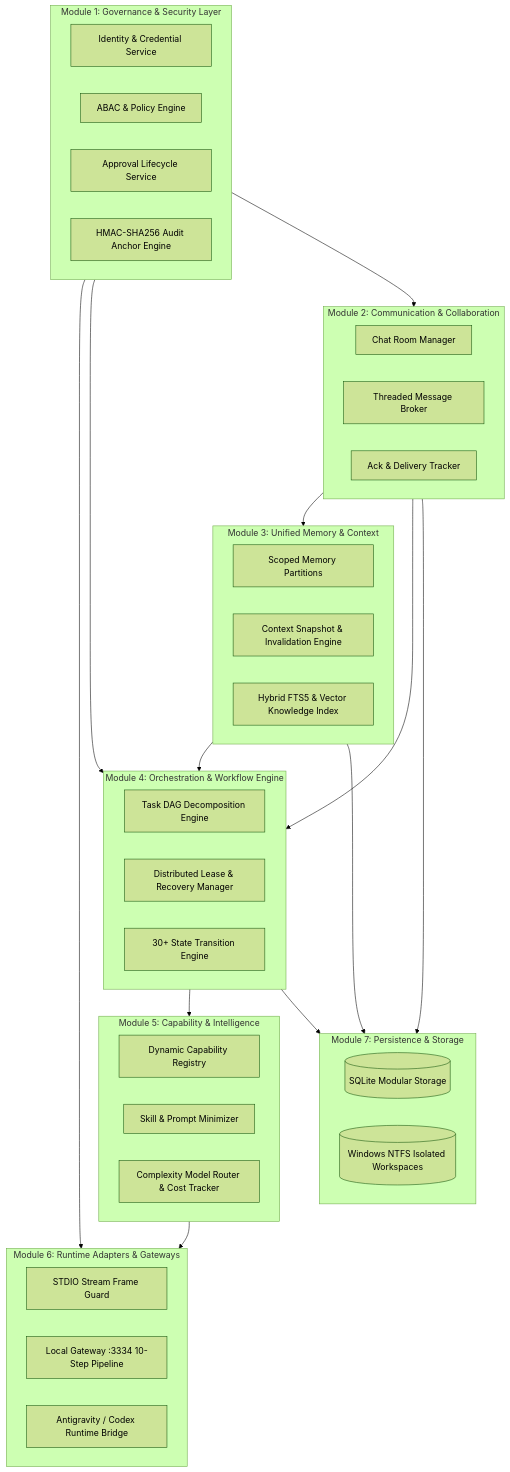
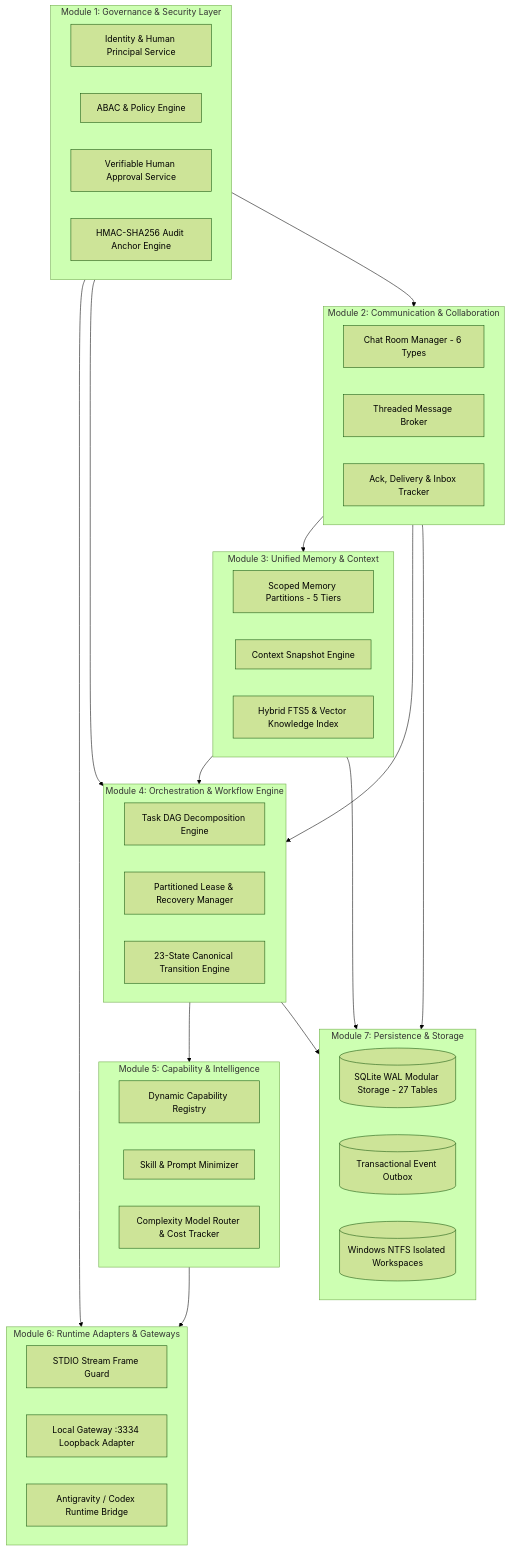
One commit to kietpro352010/AICO changed the second of 3 diagrams in docs/blueprint/v3/00_AICO_V3_MASTER_BLUEPRINT.md. Above: the diagram before and after it, drawn with Mermaid (forest theme). The commit also changed other lines of this file and 11 other files, not shown here.

````diff
--- a/docs/blueprint/v3/00_AICO_V3_MASTER_BLUEPRINT.md
+++ b/docs/blueprint/v3/00_AICO_V3_MASTER_BLUEPRINT.md
@@ -93,56 +93,57 @@
 ```mermaid
 graph TD
     subgraph S1["Module 1: Governance & Security Layer"]
-        Auth[Identity & Credential Service]
+        Auth[Identity & Human Principal Service]
         ABAC[ABAC & Policy Engine]
-        Approval[Approval Lifecycle Service]
+        Approval[Verifiable Human Approval Service]
         Audit[HMAC-SHA256 Audit Anchor Engine]
     end
 
     subgraph S2["Module 2: Communication & Collaboration"]
-        RoomMgr[Chat Room Manager]
+        RoomMgr[Chat Room Manager - 6 Types]
         MsgBroker[Threaded Message Broker]
-        Notify[Ack & Delivery Tracker]
+        Notify[Ack, Delivery & Inbox Tracker]
     end
 
     subgraph S3["Module 3: Unified Memory & Context"]
-        MemPart[Scoped Memory Partitions]
-        ContextEngine[Context Snapshot & Invalidation Engine]
+        MemPart[Scoped Memory Partitions - 5 Tiers]
+        ContextEngine[Context Snapshot Engine]
         KnowSearch[Hybrid FTS5 & Vector Knowledge Index]
     end
 
     subgraph S4["Module 4: Orchestration & Workflow Engine"]
         DAG[Task DAG Decomposition Engine]
-        LeaseMgr[Distributed Lease & Recovery Manager]
-        StateMachine[30+ State Transition Engine]
+        LeaseMgr[Partitioned Lease & Recovery Manager]
+        StateMachine[23-State Canonical Transition Engine]
     end
 
     subgraph S5["Module 5: Capability & Intelligence"]
         CapRegistry[Dynamic Capability Registry]
         TokenDiet[Skill & Prompt Minimizer]
         ModelRouter[Complexity Model Router & Cost Tracker]
     end
 
     subgraph S6["Module 6: Runtime Adapters & Gateways"]
         StdioAdapter[STDIO Stream Frame Guard]
-        HttpAdapter[Local Gateway :3334 10-Step Pipeline]
+        HttpAdapter[Local Gateway :3334 Loopback Adapter]
         WorkerBridge[Antigravity / Codex Runtime Bridge]
     end
 
     subgraph S7["Module 7: Persistence & Storage"]
-        SQLite[(SQLite Modular Storage)]
+        SQLite[(SQLite WAL Modular Storage - 27 Tables)]
+        EventOutbox[(Transactional Event Outbox)]
         WorkspaceFs[(Windows NTFS Isolated Workspaces)]
     end
 
     S1 --> S6
     S1 --> S4
     S1 --> S2
     S2 --> S3
     S2 --> S4
     S3 --> S4
     S4 --> S5
     S5 --> S6
     S4 --> S7
     S2 --> S7
     S3 --> S7
 ```
````
